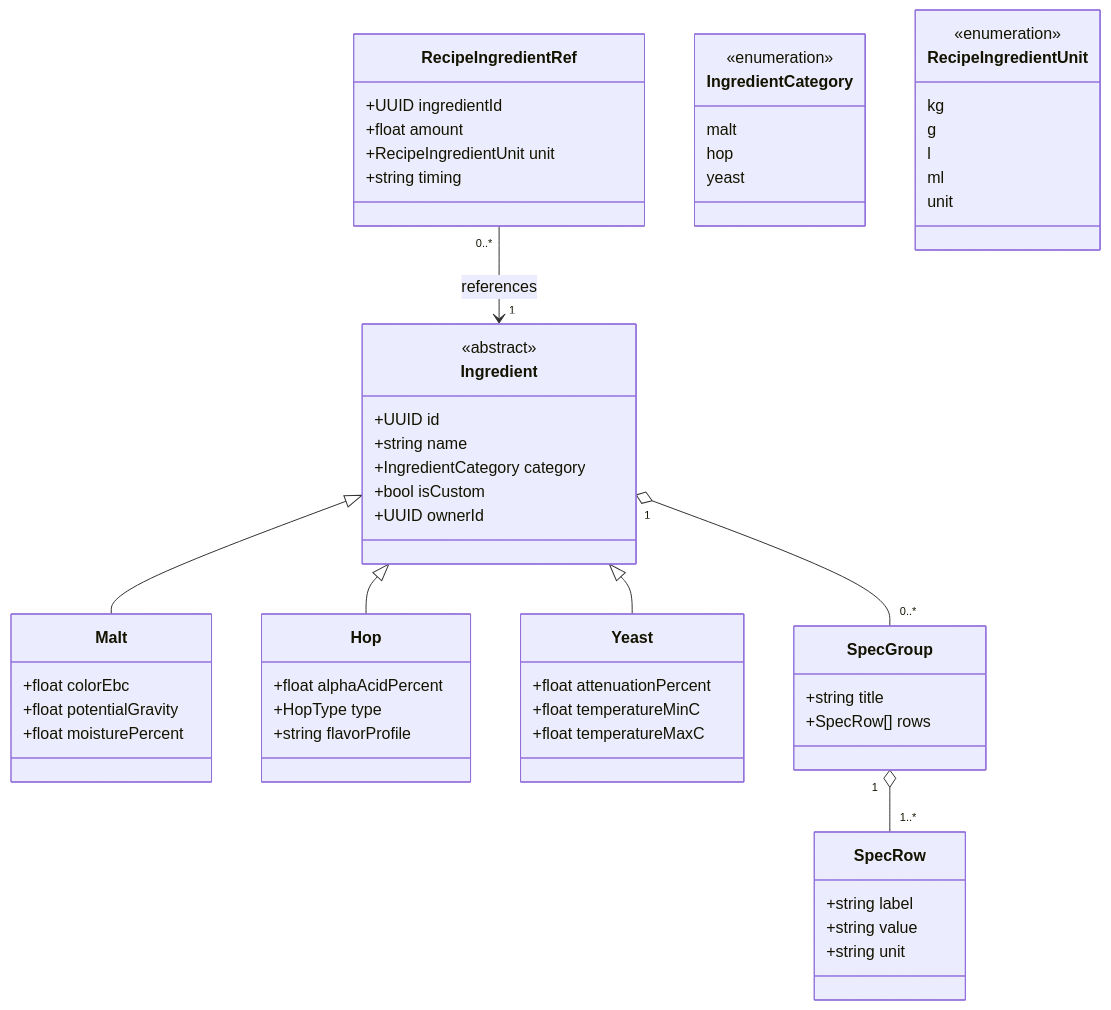
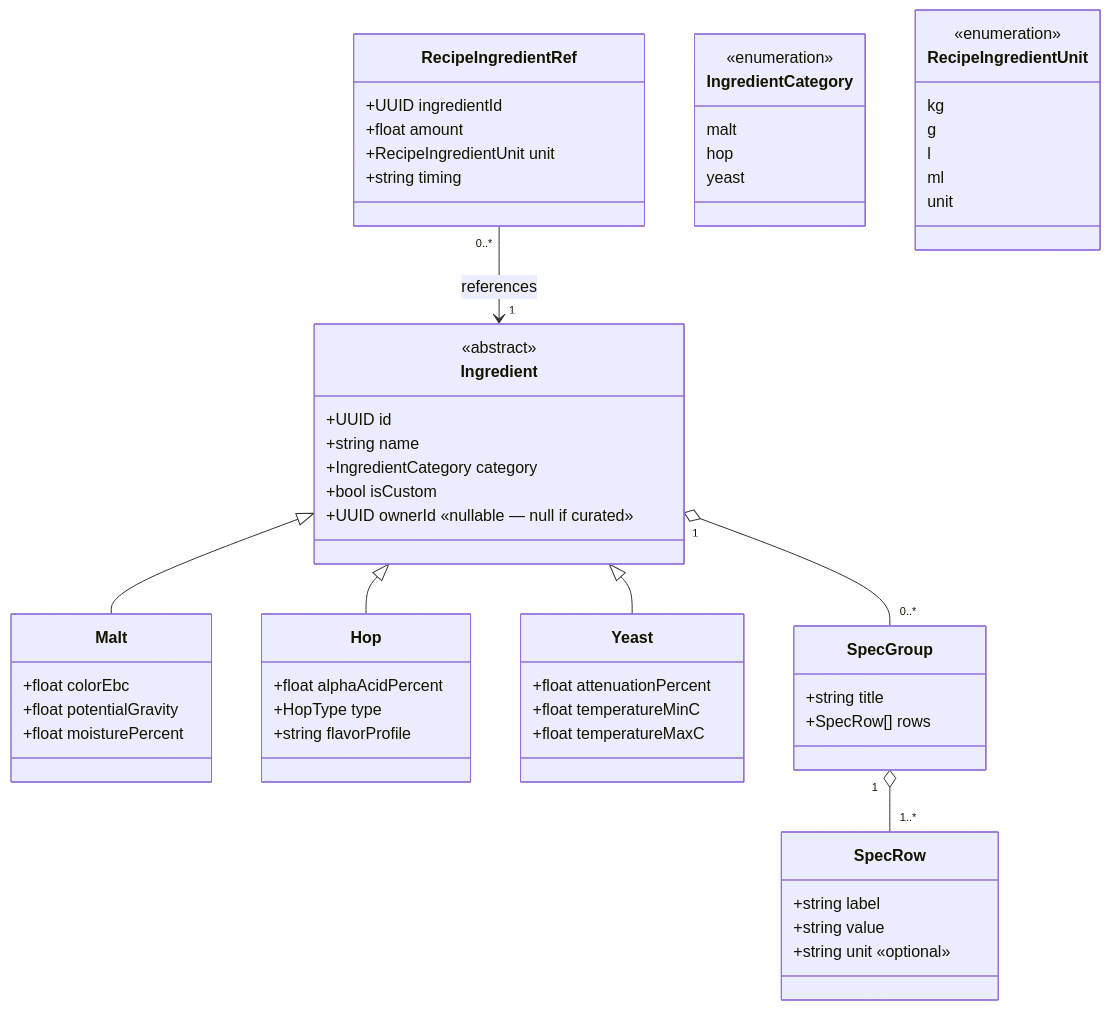
The diagram in docs/architecture/diagrams/ingredients/04-class.md (benoit-bremaud/brasse-bouillon), drawn with Mermaid before and after one commit. The commit also changed 2 other files, not shown here.

Commit message:
docs(ingredients): address Copilot review
- class: ownerId nullable (null if curated); SpecRow.unit optional (matches
  Malt/Hop/YeastSpecRow domain types).
- sequence: custom-create endpoint marked PLANNED on per-category routes
  (/catalog/hops…); use-cases naming aligned; demo note corrected (catalog from
  exported demoIngredients constants).
- state: PascalCase state identifiers (CustomPrivate / Curated).

````diff
--- a/docs/architecture/diagrams/ingredients/04-class.md
+++ b/docs/architecture/diagrams/ingredients/04-class.md
@@ -17,63 +17,63 @@
 ```mermaid
 classDiagram
   class Ingredient {
     <<abstract>>
     +UUID id
     +string name
     +IngredientCategory category
     +bool isCustom
-    +UUID ownerId
+    +UUID ownerId «nullable — null if curated»
   }
   class Malt {
     +float colorEbc
     +float potentialGravity
     +float moisturePercent
   }
   class Hop {
     +float alphaAcidPercent
     +HopType type
     +string flavorProfile
   }
   class Yeast {
     +float attenuationPercent
     +float temperatureMinC
     +float temperatureMaxC
   }
   class SpecGroup {
     +string title
     +SpecRow[] rows
   }
   class SpecRow {
     +string label
     +string value
-    +string unit
+    +string unit «optional»
   }
   class RecipeIngredientRef {
     +UUID ingredientId
     +float amount
     +RecipeIngredientUnit unit
     +string timing
   }
 
   Ingredient <|-- Malt
   Ingredient <|-- Hop
   Ingredient <|-- Yeast
   Ingredient "1" o-- "0..*" SpecGroup
   SpecGroup "1" o-- "1..*" SpecRow
   RecipeIngredientRef "0..*" --> "1" Ingredient : references
 
   class IngredientCategory {
     <<enumeration>>
     malt
     hop
     yeast
   }
   class RecipeIngredientUnit {
     <<enumeration>>
     kg
     g
     l
     ml
     unit
   }
 ```
````
